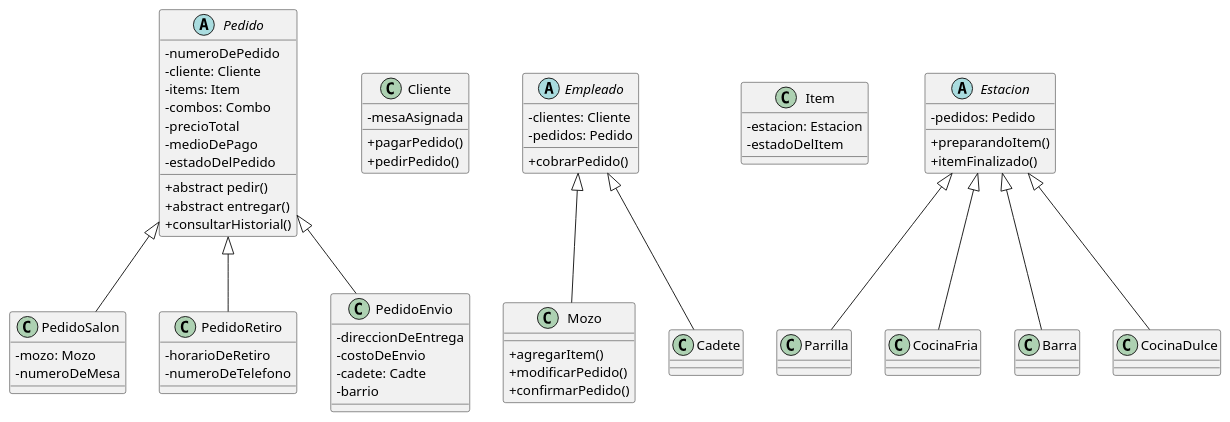
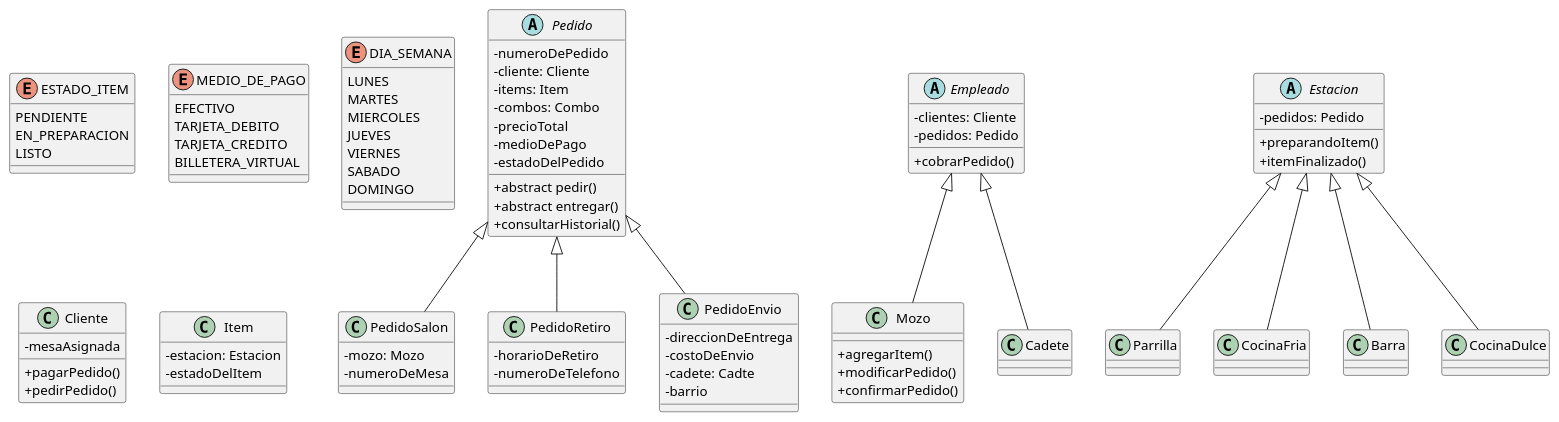
One commit to BrunoE99/tp_restaurante_programacion_II changed the diagram in diagramas/clasesTP.puml. Above: the diagram before and after it, drawn with PlantUML.

Commit message:
enums de item , medio pago y dia semana

```diff
--- a/diagramas/clasesTP.puml
+++ b/diagramas/clasesTP.puml
@@ -1,107 +1,131 @@
 @startuml Trabajo practico
 
 skinparam classAttributeIconSize 0
+
+enum ESTADO_ITEM {
+    PENDIENTE
+    EN_PREPARACION
+    LISTO
+}
+
+enum MEDIO_DE_PAGO {
+    EFECTIVO
+    TARJETA_DEBITO
+    TARJETA_CREDITO
+    BILLETERA_VIRTUAL
+}
+
+enum DIA_SEMANA {
+    LUNES
+    MARTES 
+    MIERCOLES
+    JUEVES
+    VIERNES
+    SABADO 
+    DOMINGO
+}
+
 abstract class Pedido {
     - numeroDePedido
     - cliente: Cliente
     - items: Item
     - combos: Combo
     - precioTotal
     - medioDePago
     - estadoDelPedido
 
     + abstract pedir()
     + abstract entregar() 
         'mover al mozo o cadete
     + consultarHistorial()
 }
 
 class PedidoSalon {
     - mozo: Mozo
     - numeroDeMesa
 }
 
 class PedidoRetiro {
     - horarioDeRetiro
     - numeroDeTelefono
 }
 
 class PedidoEnvio {
     - direccionDeEntrega
     - costoDeEnvio
     - cadete: Cadte
     - barrio
 }
 
 class Cliente {
     - mesaAsignada
 
     + pagarPedido()
     + pedirPedido()
 }
 
 abstract class Empleado {
     - clientes: Cliente
     - pedidos: Pedido
 
     + cobrarPedido()
 }
 
 class Mozo {
 
     + agregarItem()
     + modificarPedido()
     + confirmarPedido()
 }
 
 class Cadete {
 
 }
 
 class Item {
     - estacion: Estacion
     - estadoDelItem
 }
 
 abstract class Estacion {
     - pedidos: Pedido
 
     + preparandoItem()
     + itemFinalizado()
 }
 
 class Parrilla {
 
 }
 
 class CocinaFria {
     
 }
 
 class Barra {
     
 }
 
 class CocinaDulce {
     
 }
 
 'relaciones
 
 Pedido <|-- PedidoSalon
 Pedido <|-- PedidoRetiro
 Pedido <|-- PedidoEnvio
 
 Empleado <|-- Mozo
 Empleado <|-- Cadete
 
 Estacion <|-- Parrilla
 Estacion <|-- CocinaFria
 Estacion <|-- Barra
 Estacion <|-- CocinaDulce
 
 'dudas
 
 'en el orden en que le fue llegando: en estacion o en pedido
 
 @enduml
```
